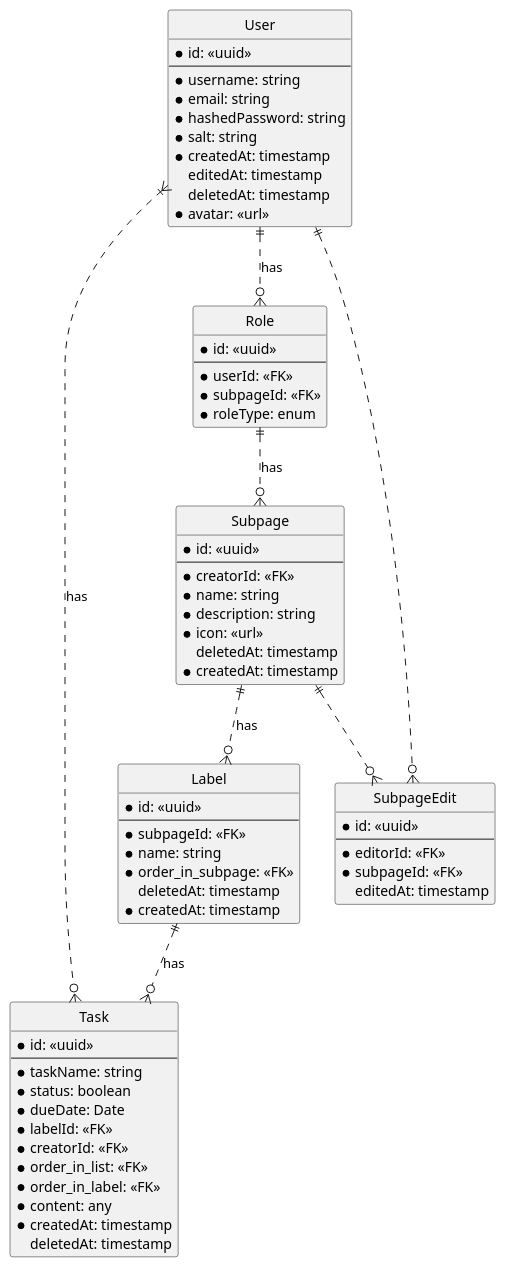
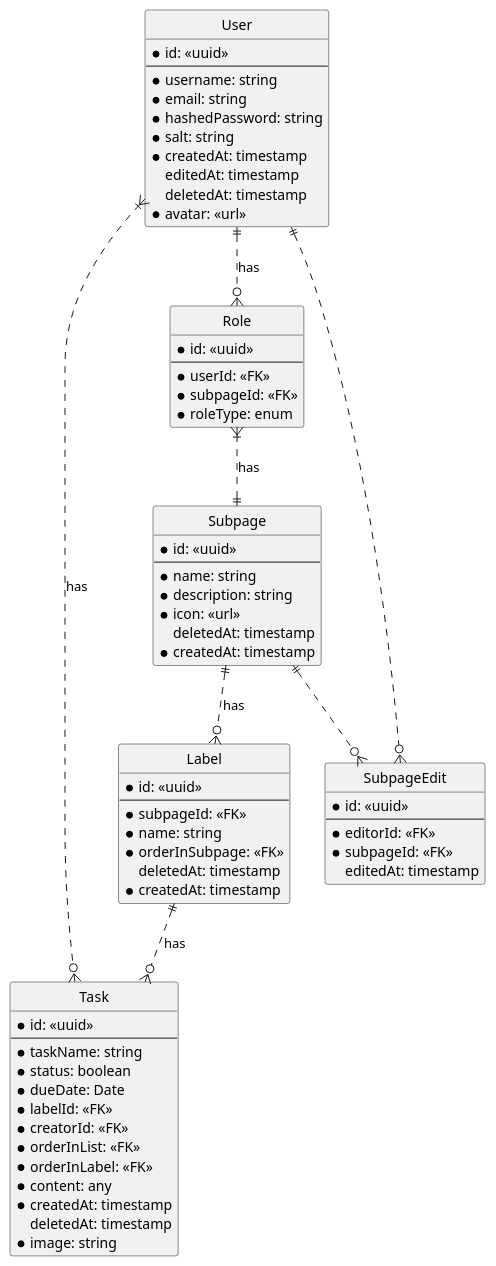
Before and after one commit to allneu/pb138-project-nushn: the diagram in diagrams/nushn.puml, drawn with PlantUML. The commit also changed 2 other files, not shown here.

Commit message:
fix: fixed schemas and erd

```diff
--- a/diagrams/nushn.puml
+++ b/diagrams/nushn.puml
@@ -1,91 +1,92 @@
 @startuml nushn
 
 hide circle
 
 entity User {
     * id: <<uuid>>
     ---
     * username: string
     * email: string
     * hashedPassword: string
     * salt: string
     * createdAt: timestamp
     editedAt: timestamp
     deletedAt: timestamp
     * avatar: <<url>>
 }
 
 entity Subpage {
     *id: <<uuid>>
     ---
-    * creatorId: <<FK>>
     * name: string
     * description: string
     * icon: <<url>>
     deletedAt: timestamp
     * createdAt: timestamp
 }
 
 entity Label {
     *id: <<uuid>>
     ---
     * subpageId: <<FK>>
     * name: string
-    * order_in_subpage: <<FK>>
+    * orderInSubpage: <<FK>>
     deletedAt: timestamp
     * createdAt: timestamp
 }
 
 entity Role {
     * id: <<uuid>>
     ---
     * userId: <<FK>>
     * subpageId: <<FK>>
     * roleType: enum
 }
 
 entity Task {
     * id: <<uuid>>
     ---
     * taskName: string
     * status: boolean
     * dueDate: Date
     * labelId: <<FK>>
     * creatorId: <<FK>>
-    * order_in_list: <<FK>>
-    * order_in_label: <<FK>>
+    * orderInList: <<FK>>
+    * orderInLabel: <<FK>>
     * content: any
     * createdAt: timestamp
     deletedAt: timestamp
+    * image: string
 }
 
 entity SubpageEdit {
     * id: <<uuid>>
     ---
     * editorId: <<FK>>
     * subpageId: <<FK>>
     editedAt: timestamp
 }
 
 ' Can add comments later
 ' 
 ' entity Comment {
 '     * id: <<uuid>>
 '     ---
 '     * taskId: <<FK>>
 '     * commenterId: <<FK>>
 '     * createdAt: timestamp
 '     deletedAt: timestamp
 '     editedAt: timestamp   
 ' }
 
 User }|..o{ Task : has
+User ||..o{ Role : has
 Subpage ||..o{ Label : has
 Label ||..o{ Task : has
 
 Subpage ||..o{ SubpageEdit
 User ||..o{ SubpageEdit
 
-User ||..o{ Role : has
-Role ||..o{ Subpage : has
+Role }|..|| Subpage : has
+' User ||..o{ Subpage : has
 @enduml
```
